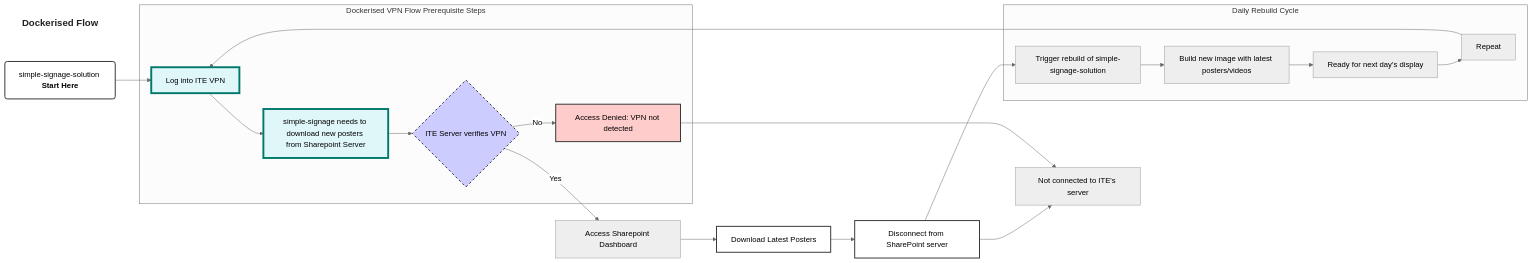
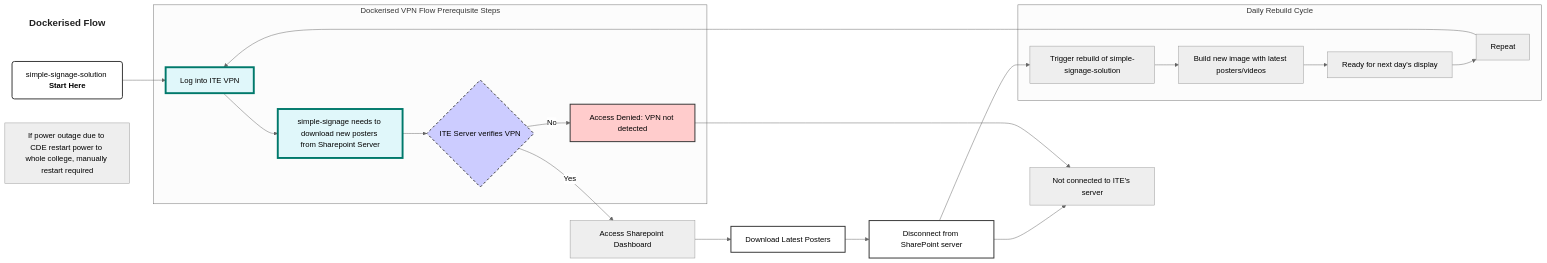
The diagram in simple-signage-flow.md (kairin/mermaid), drawn with Mermaid (neutral theme) before and after one commit.

````diff
--- a/simple-signage-flow.md
+++ b/simple-signage-flow.md
@@ -3,40 +3,41 @@
 ```mermaid
 
 graph LR
     Title["<b>Dockerised Flow</b>"]:::title
     Title 
     A(simple-signage-solution <b>Start Here</b>)
     A --> B
+    Z[If power outage due to CDE restart power to whole college, manually restart required]
 
     subgraph Dockerised VPN Flow Prerequisite Steps
         B[Log into ITE VPN]:::vpnstep --> C[simple-signage needs to download new posters from Sharepoint Server]:::vpnstep
         C --> D{ITE Server verifies VPN}:::vpnstep
         D -- No --> X[Access Denied: VPN not detected]
     end
 
     D -- Yes --> E[Access Sharepoint Dashboard]
     E --> F[Download Latest Posters]
     F --> H[Disconnect from SharePoint server]
     subgraph Daily Rebuild [Daily Rebuild Cycle]
         R1[Trigger rebuild of simple-signage-solution]
         R2[Build new image with latest posters/videos]
         R3[Ready for next day's display]
         R1 --> R2 --> R3 --> I
     end
 
     H --> R1
     I[Repeat]
     I --> B
     H --> Y[Not connected to ITE's server]
     X --> Y
 
     classDef title fill:#fff,stroke:#fff,color:#222,font-size:20px
     classDef vpnstep fill:#e0f7fa,stroke:#00796b,stroke-width:4px
     class B,C,D vpnstep
     style D fill:#ccf,stroke:#333,stroke-width:2px,stroke-dasharray: 5 5
     style X fill:#fcc,stroke:#333,stroke-width:2px
     style A fill:#fff,stroke:#333,stroke-width:2px
     style F fill:#fff,stroke:#333,stroke-width:2px
     style H fill:#fff,stroke:#333,stroke-width:2px
 
 ```
````
